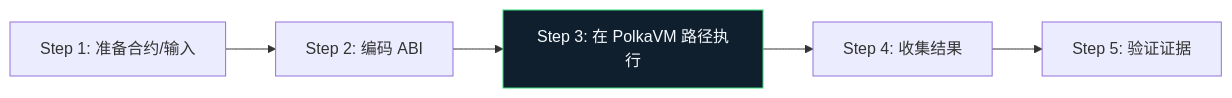
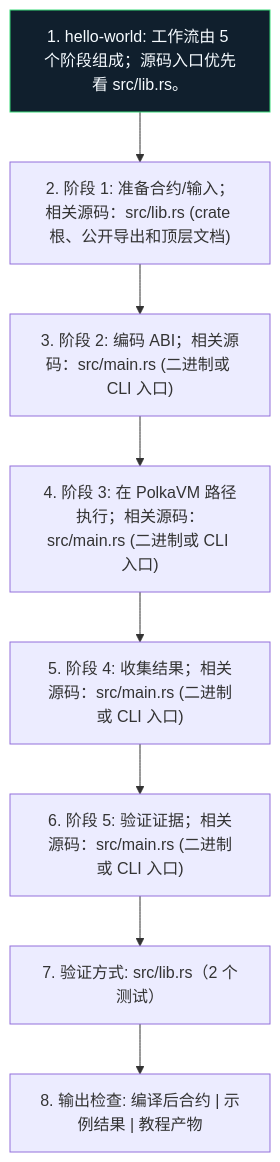
One commit to r3e-network/neo-riscv-vm changed the diagram in examples/hello-world/docs/figures/workflow.zh.mmd. Above: the diagram before and after it, drawn with Mermaid. The commit also changed 571 other files, not shown here.

Commit message:
Deepen crate diagrams with source-aware atlas

```diff
--- a/examples/hello-world/docs/figures/workflow.zh.mmd
+++ b/examples/hello-world/docs/figures/workflow.zh.mmd
@@ -1,12 +1,18 @@
-flowchart LR
-    N1["Step 1: 准备合约/输入"]
-    N2["Step 2: 编码 ABI"]
-    N3["Step 3: 在 PolkaVM 路径执行"]
-    N4["Step 4: 收集结果"]
-    N5["Step 5: 验证证据"]
+flowchart TB
+    N1["1. hello-world: 工作流由 5 个阶段组成；源码入口优先看 src/lib.rs。"]
+    N2["2. 阶段 1: 准备合约/输入；相关源码：src/lib.rs (crate 根、公开导出和顶层文档)"]
+    N3["3. 阶段 2: 编码 ABI；相关源码：src/main.rs (二进制或 CLI 入口)"]
+    N4["4. 阶段 3: 在 PolkaVM 路径执行；相关源码：src/main.rs (二进制或 CLI 入口)"]
+    N5["5. 阶段 4: 收集结果；相关源码：src/main.rs (二进制或 CLI 入口)"]
+    N6["6. 阶段 5: 验证证据；相关源码：src/main.rs (二进制或 CLI 入口)"]
+    N7["7. 验证方式: src/lib.rs（2 个测试）"]
+    N8["8. 输出检查: 编译后合约 | 示例结果 | 教程产物"]
     N1 --> N2
     N2 --> N3
     N3 --> N4
     N4 --> N5
+    N5 --> N6
+    N6 --> N7
+    N7 --> N8
     classDef crate fill:#101f2d,stroke:#38d978,color:#f6fbff
-    class N3 crate
+    class N1 crate
```
